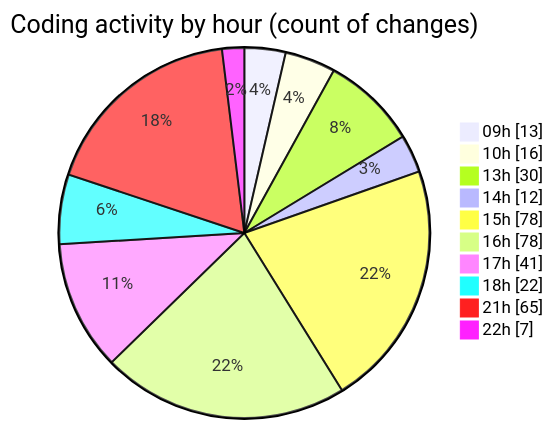
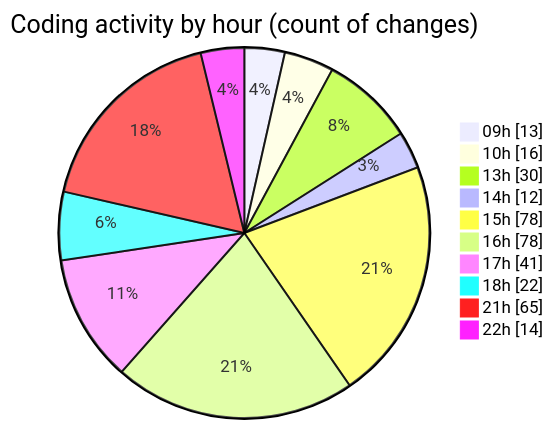
One commit to momahboobian/code-tracking changed the second of 2 diagrams in 2025-03-31/cda/README.md. Above: the diagram before and after it, drawn with Mermaid. The commit also changed other lines of this file and 1 other file, not shown here.

````diff
--- a/2025-03-31/cda/README.md
+++ b/2025-03-31/cda/README.md
@@ -50,14 +50,14 @@
 ```mermaid
 pie showData
 title Coding activity by hour (count of changes)
 "09h" : 13
 "10h" : 16
 "13h" : 30
 "14h" : 12
 "15h" : 78
 "16h" : 78
 "17h" : 41
 "18h" : 22
 "21h" : 65
-"22h" : 7
+"22h" : 14
 ```
````
